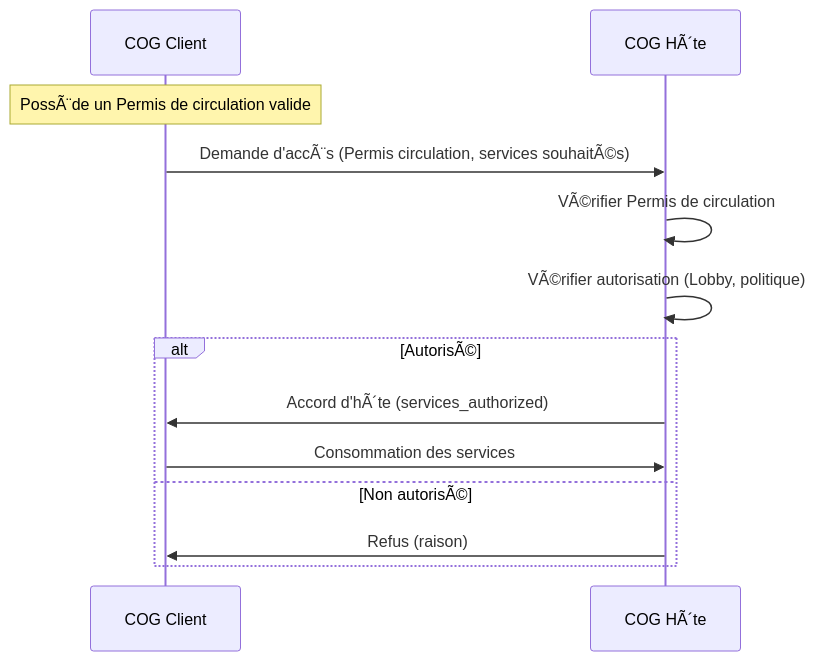
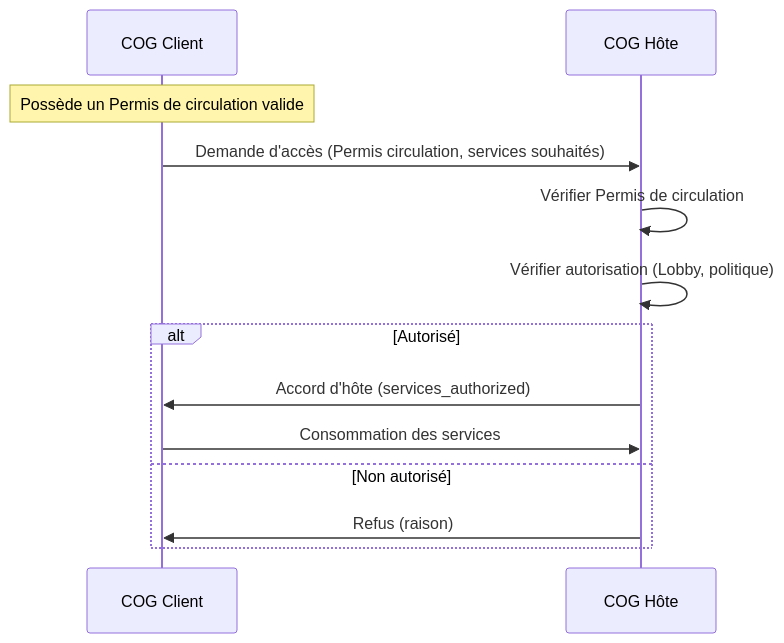
The fifth of 7 diagrams in docs/miyukini-webway-system/verification/MWS - Passeport et Visa.md (StudioMiyukini/miyukini_cog), drawn with Mermaid before and after one commit. The commit also changed other lines of this file and 564 other files, not shown here.

````diff
--- a/docs/miyukini-webway-system/verification/MWS - Passeport et Visa.md
+++ b/docs/miyukini-webway-system/verification/MWS - Passeport et Visa.md
@@ -436,16 +436,16 @@
 ```mermaid
 sequenceDiagram
     participant Client as COG Client
-    participant Host as COG HÃ´te
+    participant Host as COG Hôte
 
-    Note over Client: PossÃ¨de un Permis de circulation valide
-    Client->>Host: Demande d'accÃ¨s (Permis circulation, services souhaitÃ©s)
-    Host->>Host: VÃ©rifier Permis de circulation
-    Host->>Host: VÃ©rifier autorisation (Lobby, politique)
-    alt AutorisÃ©
-        Host->>Client: Accord d'hÃ´te (services_authorized)
+    Note over Client: Possède un Permis de circulation valide
+    Client->>Host: Demande d'accès (Permis circulation, services souhaités)
+    Host->>Host: Vérifier Permis de circulation
+    Host->>Host: Vérifier autorisation (Lobby, politique)
+    alt Autorisé
+        Host->>Client: Accord d'hôte (services_authorized)
         Client->>Host: Consommation des services
-    else Non autorisÃ©
+    else Non autorisé
         Host->>Client: Refus (raison)
     end
 ```
````
